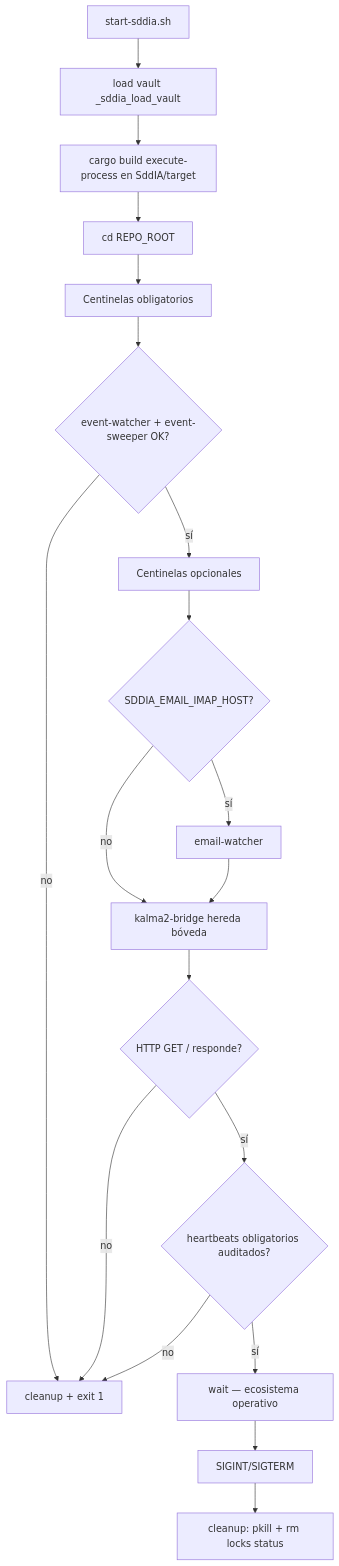
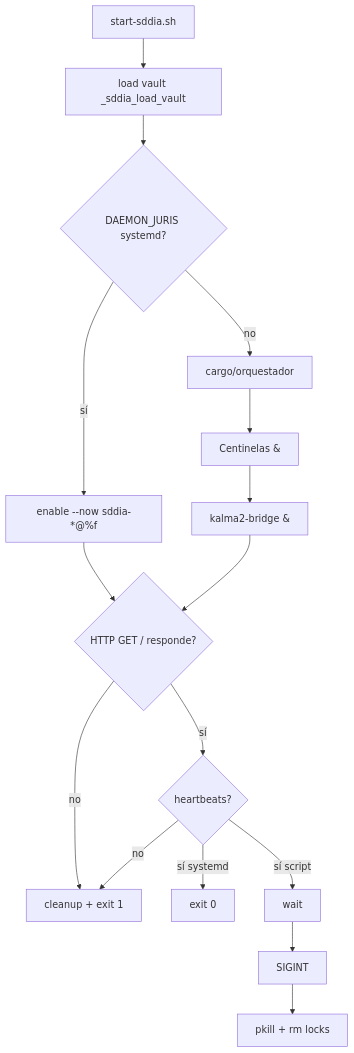
One commit to racso80es/SddIA changed the diagram in start-sddia.md. Above: the diagram before and after it, drawn with Mermaid. The commit also changed other lines of this file and 17 other files, not shown here.

````diff
--- a/start-sddia.md
+++ b/start-sddia.md
@@ -38,21 +40,18 @@
 ```mermaid
 flowchart TD
     A[start-sddia.sh] --> V[load vault _sddia_load_vault]
-    V --> O[cargo build execute-process en SddIA/target]
-    O --> B[cd REPO_ROOT]
-    B --> C[Centinelas obligatorios]
-    C --> D{event-watcher + event-sweeper OK?}
-    D -->|no| X[cleanup + exit 1]
-    D -->|sí| E[Centinelas opcionales]
-    E --> EW{SDDIA_EMAIL_IMAP_HOST?}
-    EW -->|sí| EWA[email-watcher]
-    EW -->|no| F[kalma2-bridge hereda bóveda]
-    EWA --> F
-    F --> G{HTTP GET / responde?}
-    G -->|no| X
-    G -->|sí| HB{heartbeats obligatorios auditados?}
+    V --> J{DAEMON_JURIS systemd?}
+    J -->|sí| S[enable --now sddia-*@%f]
+    S --> G{HTTP GET / responde?}
+    J -->|no| O[cargo/orquestador]
+    O --> C[Centinelas &]
+    C --> F[kalma2-bridge &]
+    F --> G
+    G -->|no| X[cleanup + exit 1]
+    G -->|sí| HB{heartbeats?}
     HB -->|no| X
-    HB -->|sí| H[wait — ecosistema operativo]
-    H --> I[SIGINT/SIGTERM]
-    I --> J[cleanup: pkill + rm locks status]
+    HB -->|sí systemd| E[exit 0]
+    HB -->|sí script| H[wait]
+    H --> I[SIGINT]
+    I --> K[pkill + rm locks]
 ```
````
